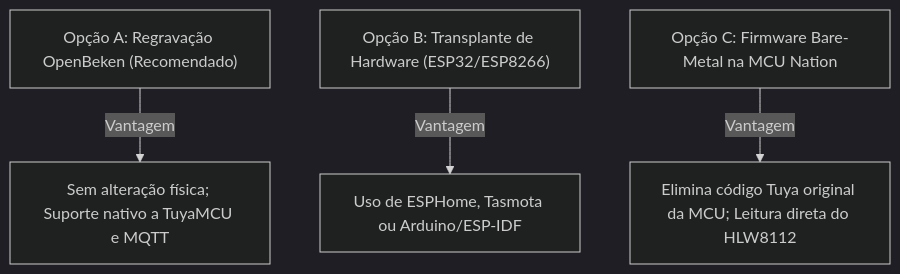
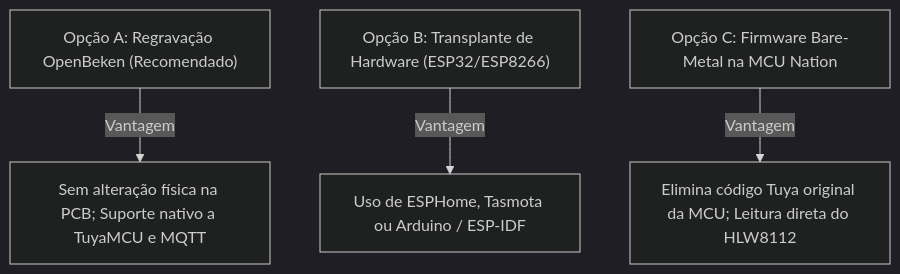
One commit to fgbettio/MonitorEnergiaTuya changed the fourth of 4 diagrams in README.md. Above: the diagram before and after it, drawn with Mermaid (dark theme). The commit also changed other lines of this file and 4 other files, not shown here.

````diff
--- a/README.md
+++ b/README.md
@@ -257,10 +257,10 @@
 ```mermaid
 graph TD
     A["Opção A: Regravação OpenBeken (Recomendado)"]
     B["Opção B: Transplante de Hardware (ESP32/ESP8266)"]
     C["Opção C: Firmware Bare-Metal na MCU Nation"]
 
-    A -->|Vantagem| Mantem_HW["Sem alteração física; Suporte nativo a TuyaMCU e MQTT"]
-    B -->|Vantagem| Ecossistema_ESP["Uso de ESPHome, Tasmota ou Arduino/ESP-IDF"]
+    A -->|Vantagem| Mantem_HW["Sem alteração física na PCB; Suporte nativo a TuyaMCU e MQTT"]
+    B -->|Vantagem| Ecossistema_ESP["Uso de ESPHome, Tasmota ou Arduino / ESP-IDF"]
     C -->|Vantagem| Controle_Total["Elimina código Tuya original da MCU; Leitura direta do HLW8112"]
 ```
````
